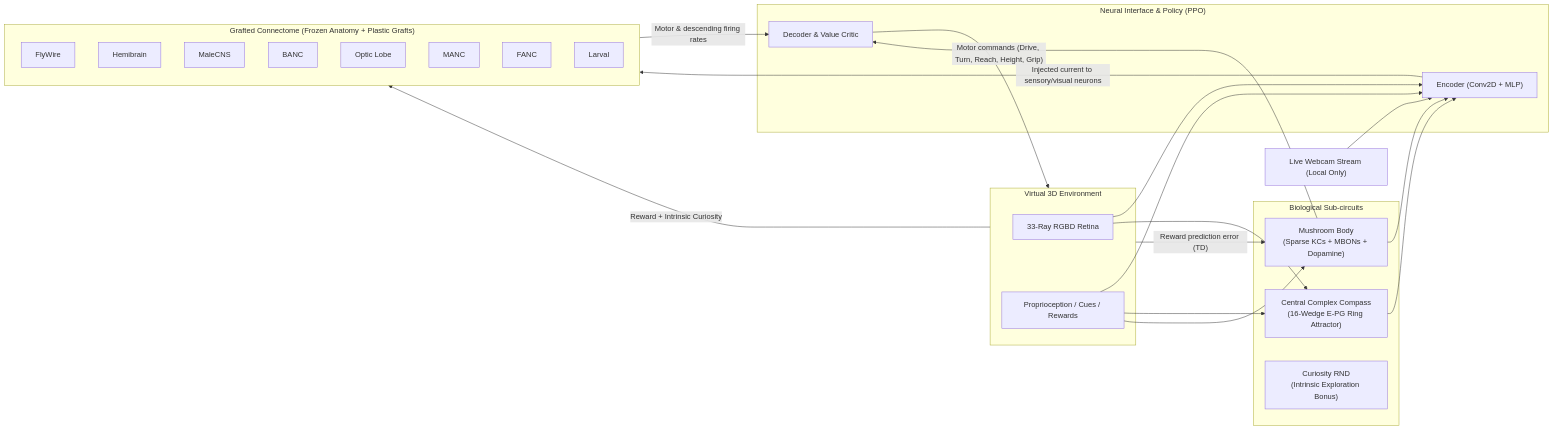
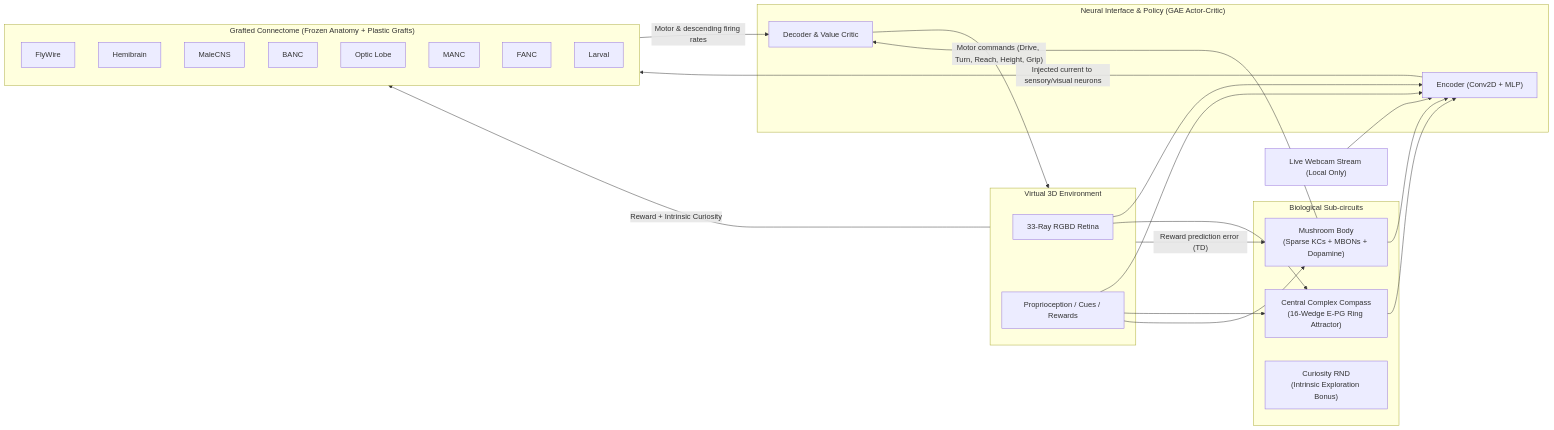
Before and after one commit to kai9987kai/Graft-brain: the diagram in README.md, drawn with Mermaid. The commit also changed other lines of this file and 59 other files, not shown here.

````diff
--- a/README.md
+++ b/README.md
@@ -35,30 +35,30 @@
 ```mermaid
 flowchart LR
   subgraph World["Virtual 3D Environment"]
     R["33-Ray RGBD Retina"]; PR["Proprioception / Cues / Rewards"]
   end
   CAM["Live Webcam Stream (Local Only)"]
   
   subgraph Bio["Biological Sub-circuits"]
     CX["Central Complex Compass<br/>(16-Wedge E-PG Ring Attractor)"]
     MB["Mushroom Body<br/>(Sparse KCs + MBONs + Dopamine)"]
     RND["Curiosity RND<br/>(Intrinsic Exploration Bonus)"]
   end
   
-  subgraph ANN["Neural Interface & Policy (PPO)"]
+  subgraph ANN["Neural Interface & Policy (GAE Actor-Critic)"]
     ENC["Encoder (Conv2D + MLP)"]; DEC["Decoder & Value Critic"]
   end
   
   subgraph G["Grafted Connectome (Frozen Anatomy + Plastic Grafts)"]
     FW[FlyWire]; HB[Hemibrain]; MC[MaleCNS]; BA[BANC]; OL[Optic Lobe]; MA[MANC]; FA[FANC]; LA[Larval]
   end
   
   R --> ENC; PR --> ENC; CAM --> ENC
   PR --> CX; R --> CX; CX --> ENC
   PR --> MB; MB --> ENC; MB --> DEC
   ENC -- "Injected current to sensory/visual neurons" --> G
   G -- "Motor & descending firing rates" --> DEC
   DEC -- "Motor commands (Drive, Turn, Reach, Height, Grip)" --> World
   World -- "Reward prediction error (TD)" --> MB
   World -- "Reward + Intrinsic Curiosity" --> G
 ```
````
